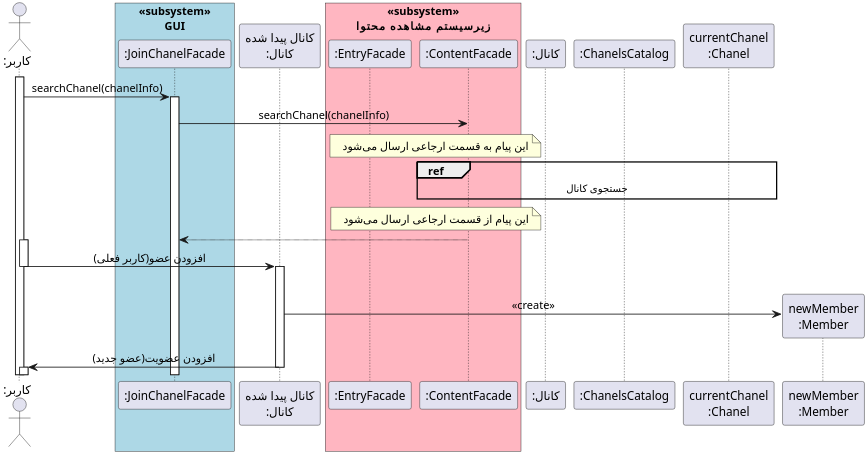
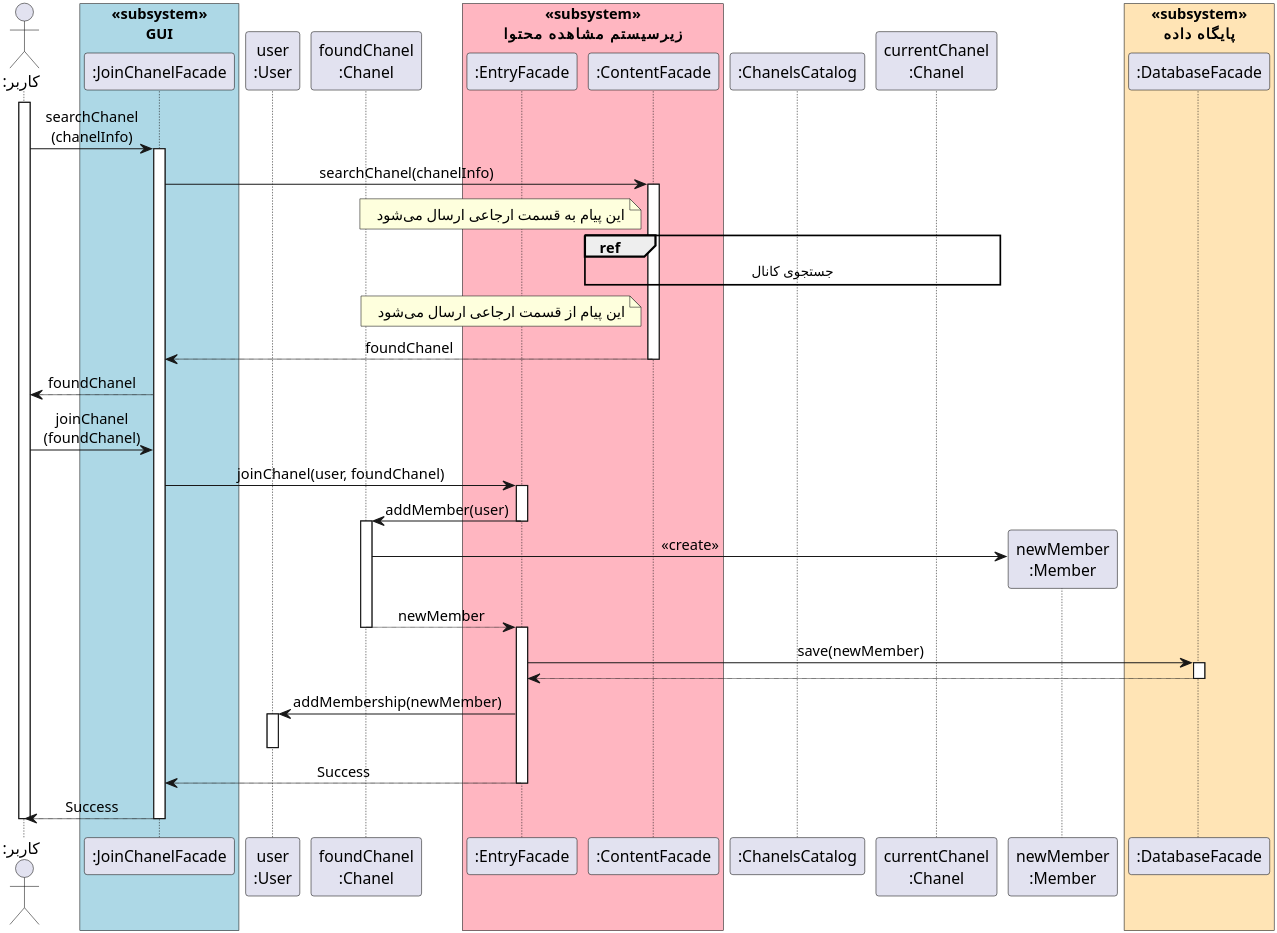
Before and after one commit to soleyman79/Qasedak: the diagram in Diagrams/Design Sequence/JoinChanel.puml, drawn with PlantUML.

Commit message:
Add join chanel

```diff
--- a/Diagrams/Design Sequence/JoinChanel.puml
+++ b/Diagrams/Design Sequence/JoinChanel.puml
@@ -1,55 +1,72 @@
 @startuml join_chanel
 
 
-scale 3
+scale 4
 skinparam DefaultFontName Vazir
 skinparam DefaultTextAlignment center
 
 
 actor ":کاربر" as user
 box "«subsystem»\nGUI" #LightBlue
 participant ":JoinChanelFacade" as ui
 end box
-participant "کانال پیدا شده\n:کانال" as foundChanel
+participant "user\n:User" as userObj
+participant "foundChanel\n:Chanel" as foundChanel
 box "«subsystem»\nزیرسیستم مشاهده محتوا" #LightPink
 participant ":EntryFacade" as entryFacade
 participant ":ContentFacade" as contentFacade
 end box
-participant ":کانال" as chanel
 participant ":ChanelsCatalog" as chanels
 participant "currentChanel\n:Chanel" as currentChanel
 participant "newMember\n:Member" as member
+box "«subsystem»\nپایگاه داده" #Moccasin
+participant ":DatabaseFacade" as db
+end box
 
 
 activate user
-user -> ui: searchChanel(chanelInfo)
+user -> ui: searchChanel\n(chanelInfo)
 activate ui
 ui -> contentFacade: searchChanel(chanelInfo)
+activate contentFacade
 
-note left chanel
+note left contentFacade
     این پیام به قسمت ارجاعی ارسال می‌شود
 end note
-
-ref over chanel, chanels, currentChanel, contentFacade: جستجوی کانال
-
-note left chanel
+ref over chanels, currentChanel, contentFacade: جستجوی کانال
+note left contentFacade
     این پیام از قسمت ارجاعی ارسال می‌شود
 end note
 
-contentFacade --> ui
+contentFacade --> ui: foundChanel
+deactivate contentFacade
+ui --> user: foundChanel
 
-activate user
-user -> foundChanel : افزودن عضو(کاربر فعلی)
-deactivate user
+user -> ui: joinChanel\n(foundChanel)
+ui -> entryFacade: joinChanel(user, foundChanel)
+activate entryFacade
+entryFacade -> foundChanel: addMember(user)
+deactivate entryFacade
+activate foundChanel
 
-activate foundChanel
-|||
-foundChanel -> member ** : «create»
-foundChanel -> user : افزودن عضویت(عضو جدید)
+foundChanel -> member **: «create»
+foundChanel --> entryFacade: newMember
 deactivate foundChanel
+activate entryFacade
+entryFacade -> db: save(newMember)
+activate db
+db --> entryFacade
+deactivate db
 
-activate user
+entryFacade -> userObj: addMembership(newMember)
+activate userObj
+deactivate userObj
+
+entryFacade --> ui: Success
+deactivate entryFacade
+ui --> user: Success
+deactivate ui
 deactivate user
 
 
 @enduml
```
